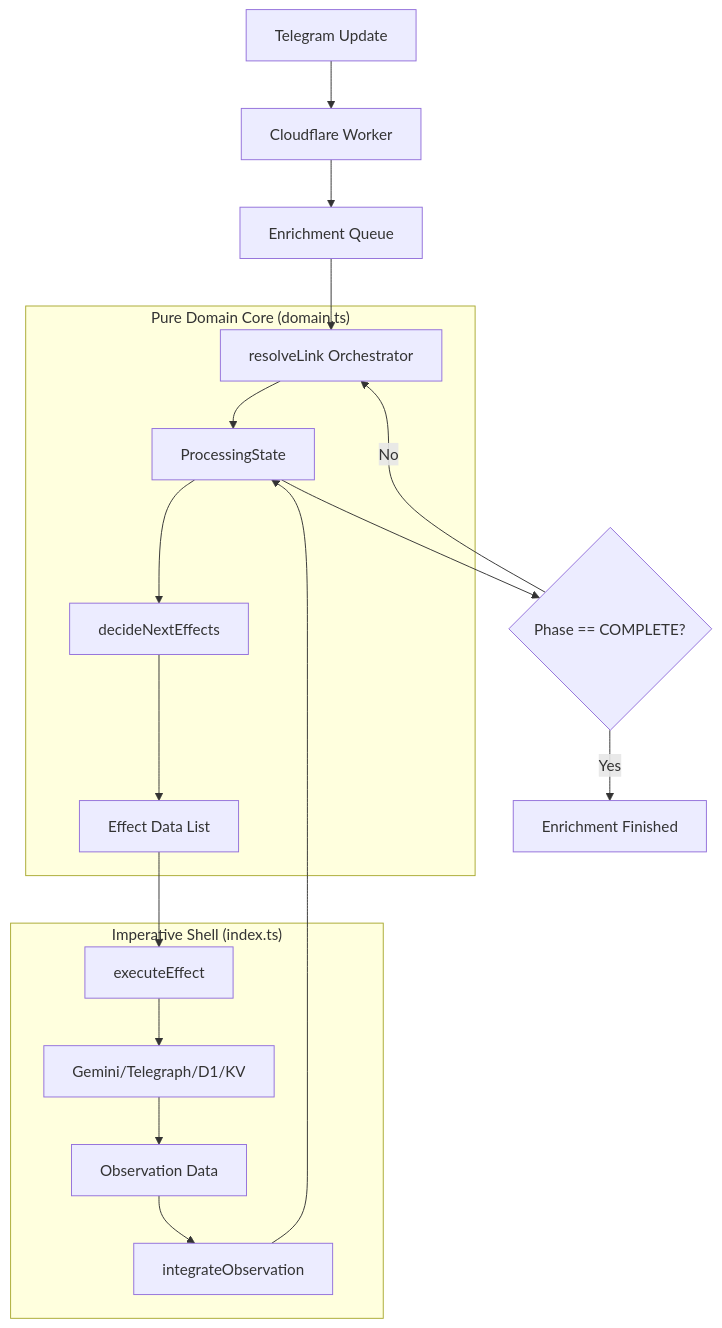
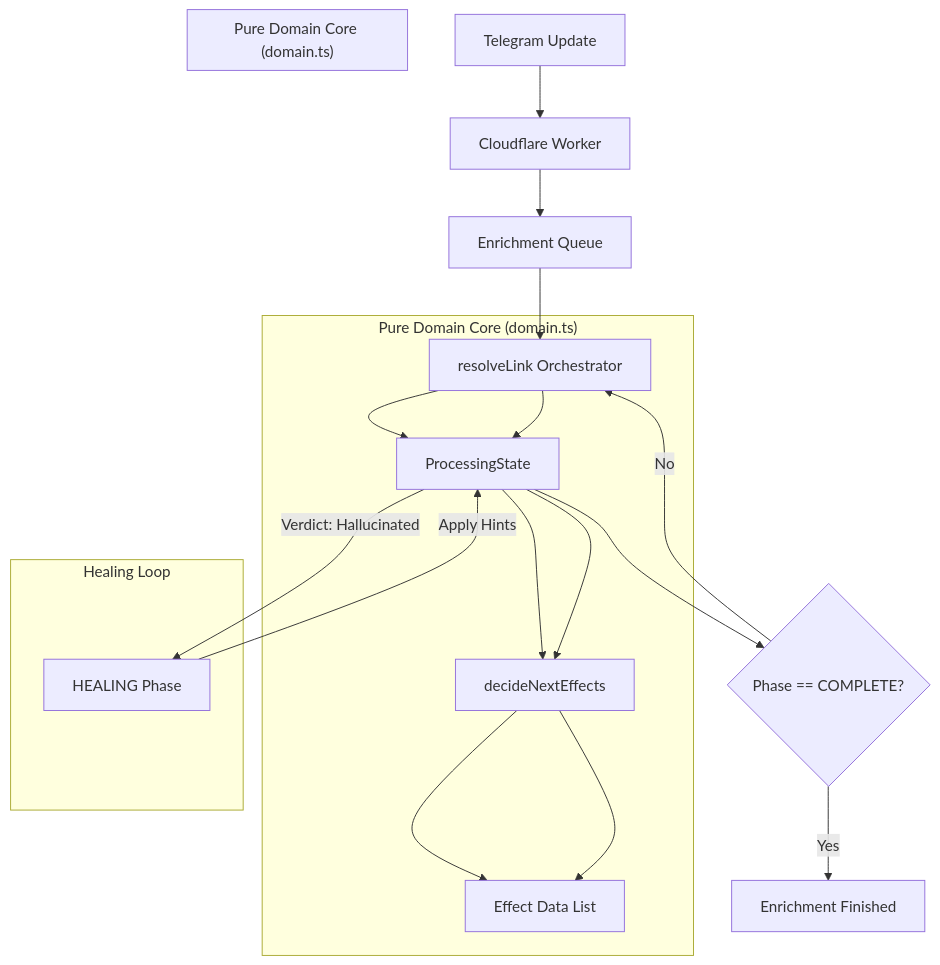
The diagram in ARCHITECTURE.md (moneyacademyKE/linxtex), drawn with Mermaid before and after one commit. The commit also changed other lines of this file and 12 other files, not shown here.

````diff
--- a/ARCHITECTURE.md
+++ b/ARCHITECTURE.md
@@ -9,24 +9,27 @@
 ```mermaid
 graph TD
     Update[Telegram Update] --> Worker[Cloudflare Worker]
     Worker --> Queue[Enrichment Queue]
     Queue --> Orchestrator[resolveLink Orchestrator]
     
     subgraph "Pure Domain Core (domain.ts)"
         Orchestrator --> State[ProcessingState]
         State --> Decider[decideNextEffects]
         Decider --> Effects[Effect Data List]
     end
     
-    subgraph "Imperative Shell (index.ts)"
-        Effects --> Executor[executeEffect]
-        Executor --> APIs[Gemini/Telegraph/D1/KV]
-        APIs --> Observations[Observation Data]
-        Observations --> Integrator[integrateObservation]
-        Integrator --> State
-    end
-    
     State --> Condition{Phase == COMPLETE?}
     Condition -- No --> Orchestrator
     Condition -- Yes --> Done[Enrichment Finished]
+
+    subgraph "Pure Domain Core (domain.ts)"
+        Orchestrator --> State
+        State --> Decider[decideNextEffects]
+        Decider --> Effects
+    end
+
+    subgraph "Healing Loop"
+        State -- Verdict: Hallucinated --> Healing[HEALING Phase]
+        Healing -- Apply Hints --> State
+    end
 ```
````
